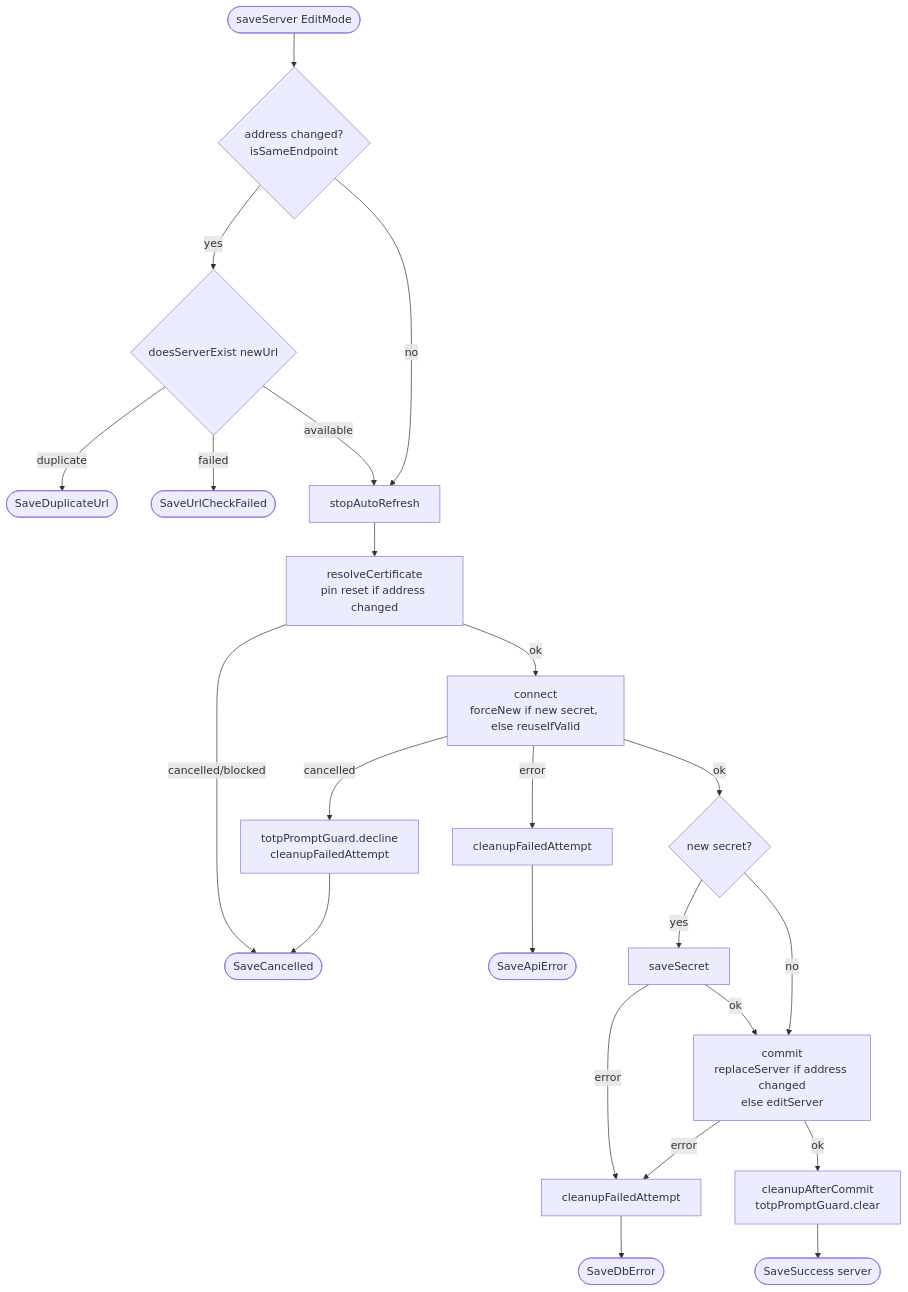
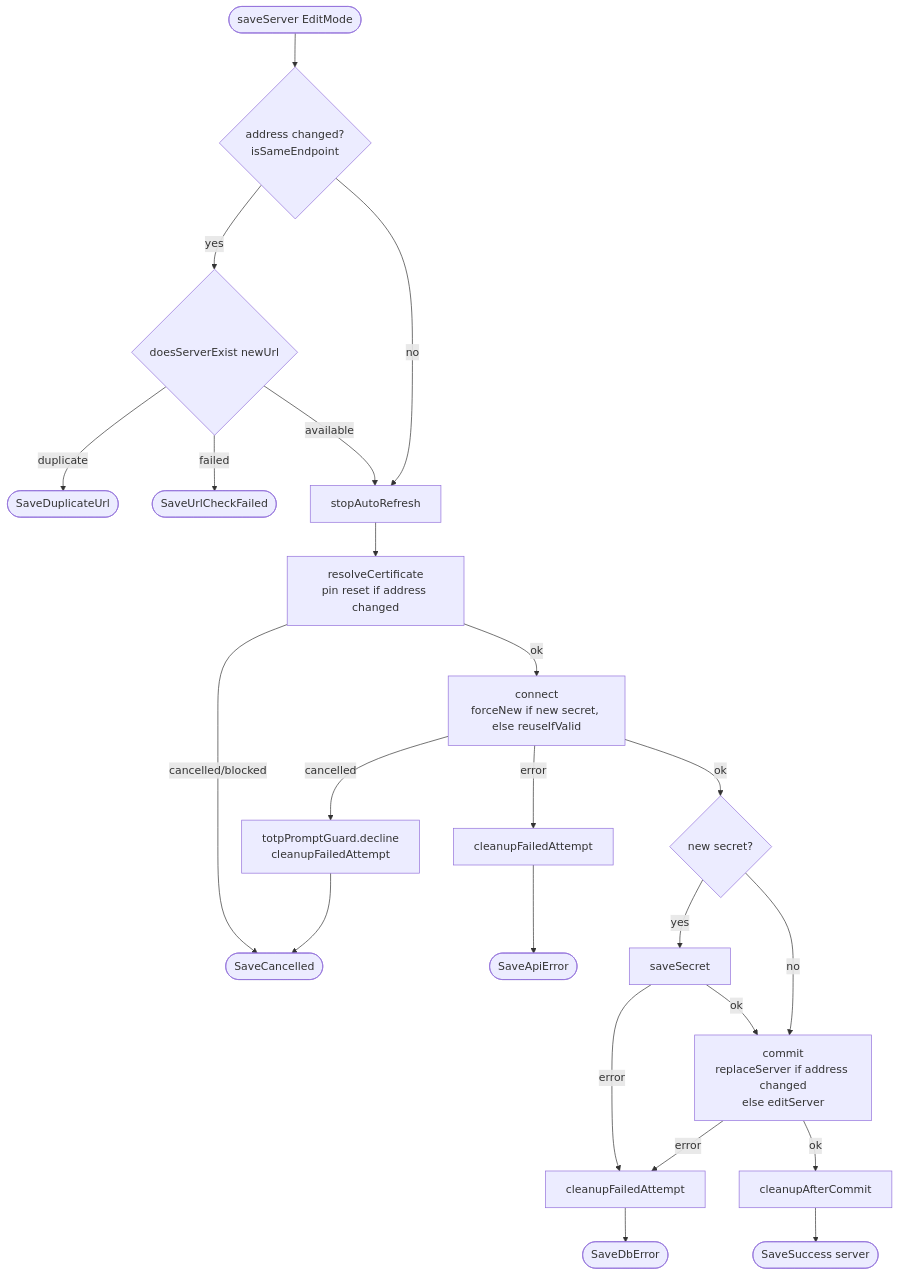
The third of 8 diagrams in docs/server-connection-flow.md (tsutsu3/pi-hole-client), drawn with Mermaid before and after one commit. The commit also changed other lines of this file and 6 other files, not shown here.

````diff
--- a/docs/server-connection-flow.md
+++ b/docs/server-connection-flow.md
@@ -99,22 +99,22 @@
 ```mermaid
 flowchart TD
   A([saveServer EditMode]) --> B{address changed?<br/>isSameEndpoint}
   B -- yes --> C{doesServerExist newUrl}
   C -- duplicate --> CD([SaveDuplicateUrl])
   C -- failed --> CF([SaveUrlCheckFailed])
   C -- available --> E[stopAutoRefresh]
   B -- no --> E
   E --> F[resolveCertificate<br/>pin reset if address changed]
   F -- cancelled/blocked --> H([SaveCancelled])
   F -- ok --> J[connect<br/>forceNew if new secret, else reuseIfValid]
   J -- cancelled --> JC[totpPromptGuard.decline<br/>cleanupFailedAttempt] --> H
   J -- error --> JE[cleanupFailedAttempt] --> JA([SaveApiError])
   J -- ok --> K{new secret?}
   K -- yes --> S[saveSecret]
   K -- no --> R
   S -- error --> X[cleanupFailedAttempt] --> T([SaveDbError])
   S -- ok --> R[commit<br/>replaceServer if address changed<br/>else editServer]
   R -- error --> X
-  R -- ok --> U[cleanupAfterCommit<br/>totpPromptGuard.clear]
+  R -- ok --> U[cleanupAfterCommit]
   U --> W([SaveSuccess server])
 ```
````
